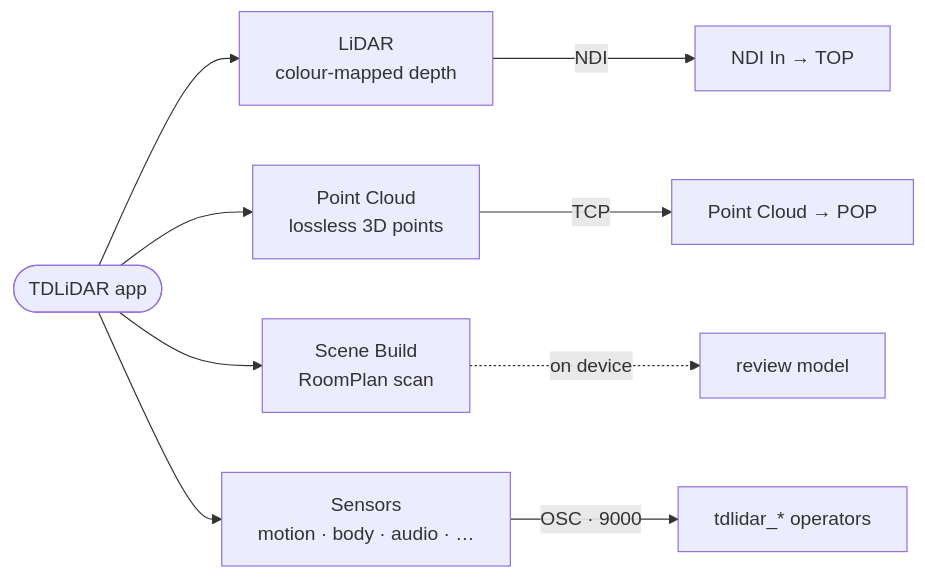
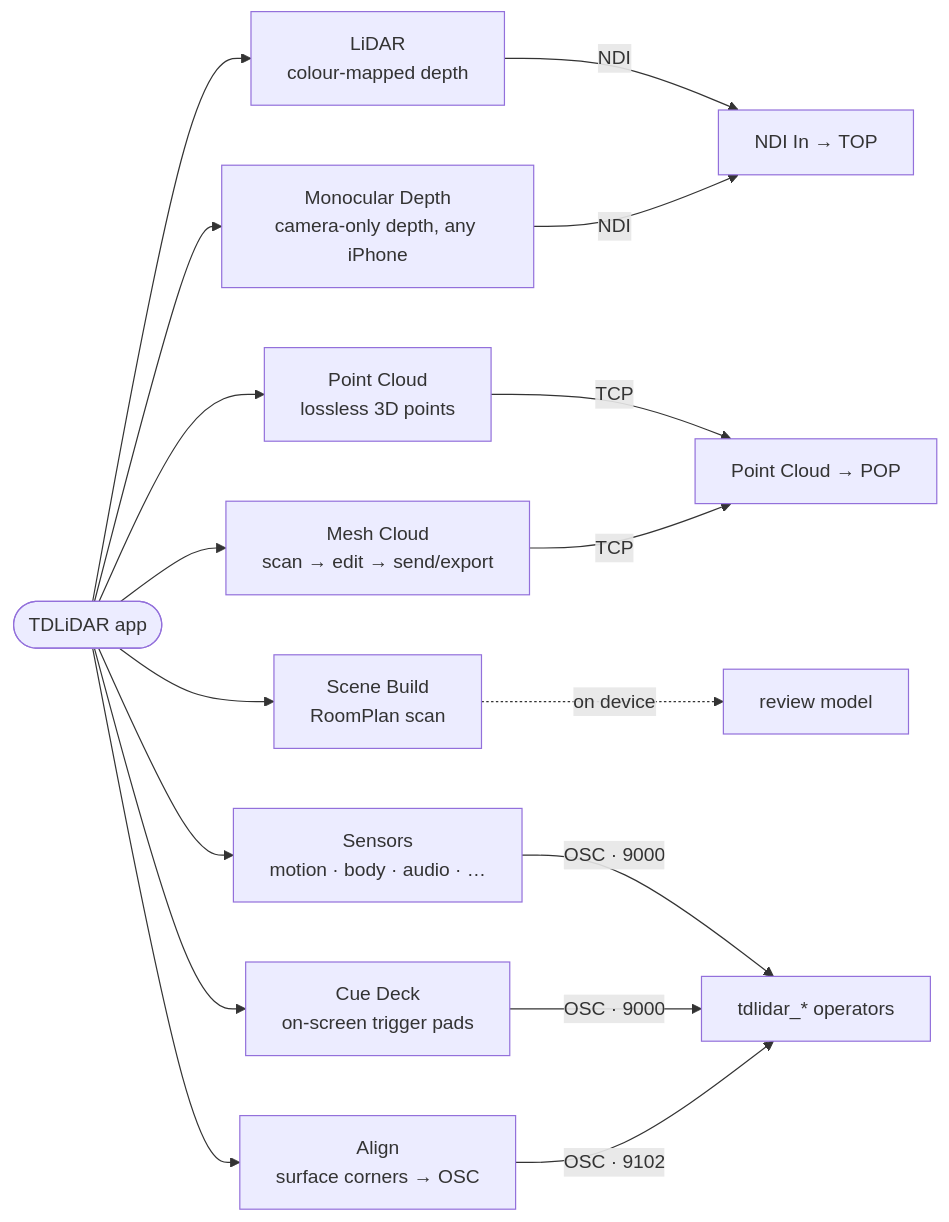
One commit to TDLiDAR/DOC changed the diagram in app-guide.md. Above: the diagram before and after it, drawn with Mermaid. The commit also changed other lines of this file and 9 other files, not shown here.

First line of the commit message:
Document Align, Cue Deck, Monocular Depth and Mesh Cloud

````diff
--- a/app-guide.md
+++ b/app-guide.md
@@ -18,12 +18,20 @@
 ```mermaid
 flowchart LR
   APP(["TDLiDAR app"])
   APP --> L["LiDAR<br/>colour-mapped depth"]
+  APP --> MD["Monocular Depth<br/>camera-only depth, any iPhone"]
   APP --> PC["Point Cloud<br/>lossless 3D points"]
+  APP --> MC["Mesh Cloud<br/>scan → edit → send/export"]
   APP --> SB["Scene Build<br/>RoomPlan scan"]
   APP --> SN["Sensors<br/>motion · body · audio · …"]
+  APP --> CD["Cue Deck<br/>on-screen trigger pads"]
+  APP --> AL["Align<br/>surface corners → OSC"]
   L -- "NDI" --> TOP["NDI In → TOP"]
+  MD -- "NDI" --> TOP
   PC -- "TCP" --> POP["Point Cloud → POP"]
+  MC -- "TCP" --> POP
   SB -. "on device" .-> REV["review model"]
   SN -- "OSC · 9000" --> OPS["tdlidar_* operators"]
+  CD -- "OSC · 9000" --> OPS
+  AL -- "OSC · 9102" --> OPS
 ```
````
